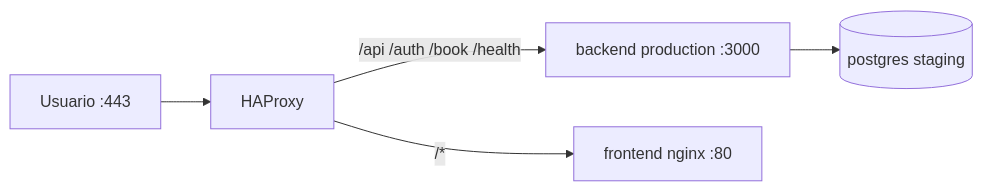
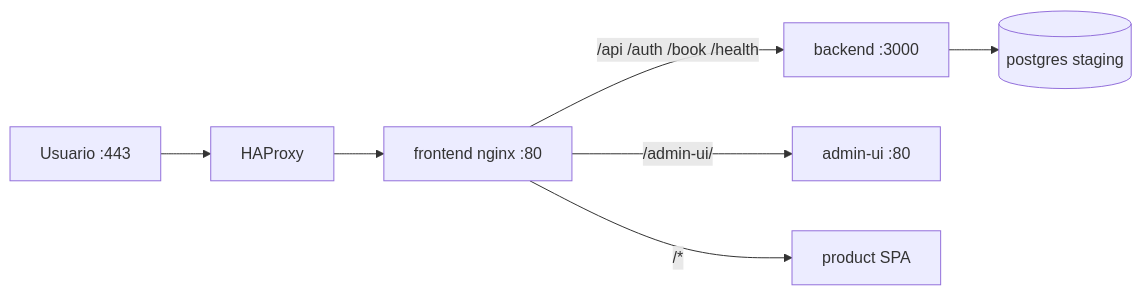
One commit to leriqueg/tador changed the second of 3 diagrams in docs/dockerizacion.md. Above: the diagram before and after it, drawn with Mermaid. The commit also changed 8 other files, not shown here.

````diff
--- a/docs/dockerizacion.md
+++ b/docs/dockerizacion.md
@@ -57,7 +57,9 @@
 ```mermaid
 flowchart LR
     U[Usuario :443] --> H[HAProxy]
-    H -->|/api /auth /book /health| B[backend production :3000]
-    H -->|/*| N[frontend nginx :80]
+    H --> N[frontend nginx :80]
+    N -->|/api /auth /book /health| B[backend :3000]
+    N -->|/admin-ui/| A[admin-ui :80]
+    N -->|/*| SPA[product SPA]
     B --> P[(postgres staging)]
 ```
````
